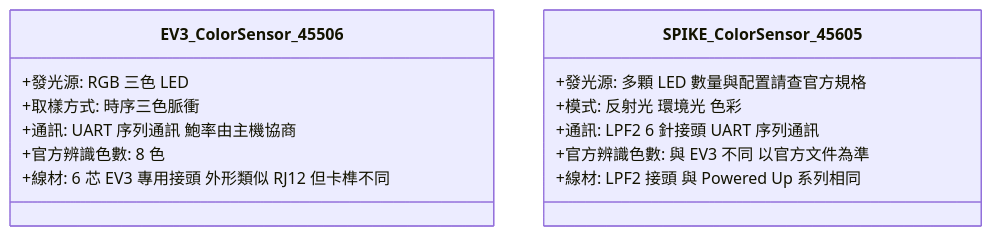
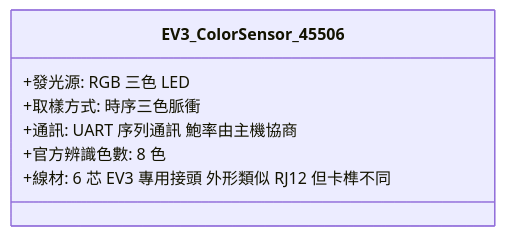
The eighth of 8 diagrams in ev3/ev3_color_sensor_principles.md (joelhoty/onclassbyJoel), drawn with Mermaid before and after one commit. The commit also changed other lines of this file and 5 other files, not shown here.

Commit message:
docs(ev3): verify SPIKE sensor specs, make section EV3-first with SPIKE supplement

````diff
--- a/ev3/ev3_color_sensor_principles.md
+++ b/ev3/ev3_color_sensor_principles.md
@@ -555,17 +557,10 @@
 ```mermaid
 classDiagram
     class EV3_ColorSensor_45506 {
         +發光源: RGB 三色 LED
         +取樣方式: 時序三色脈衝
         +通訊: UART 序列通訊 鮑率由主機協商
         +官方辨識色數: 8 色
         +線材: 6 芯 EV3 專用接頭 外形類似 RJ12 但卡榫不同
     }
-    class SPIKE_ColorSensor_45605 {
-        +發光源: 多顆 LED 數量與配置請查官方規格
-        +模式: 反射光 環境光 色彩
-        +通訊: LPF2 6 針接頭 UART 序列通訊
-        +官方辨識色數: 與 EV3 不同 以官方文件為準
-        +線材: LPF2 接頭 與 Powered Up 系列相同
-    }
 ```
````
